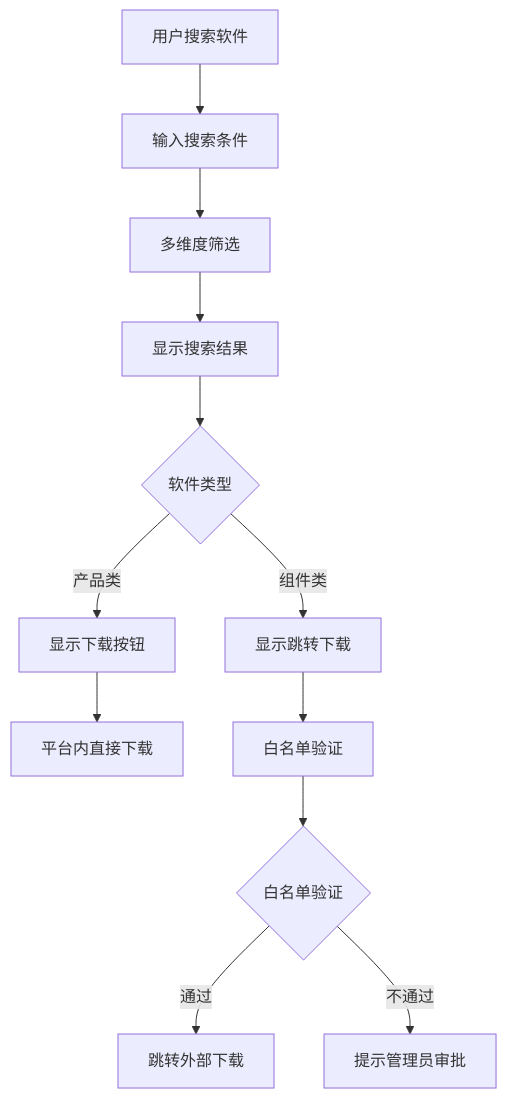
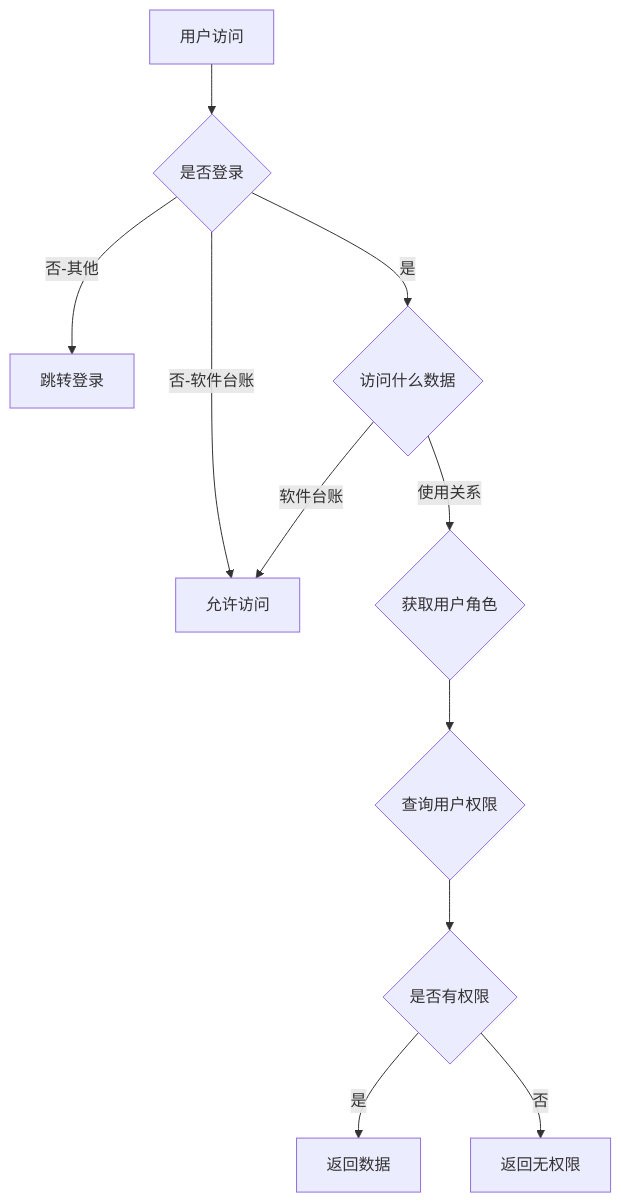
The second of 3 diagrams in output/doc/technical-design.md (BeWaterMyFriend7/SKILL-PROJECT), drawn with Mermaid before and after one commit. The commit also changed other lines of this file and 54 other files, not shown here.

````diff
--- a/output/doc/technical-design.md
+++ b/output/doc/technical-design.md
@@ -39,14 +69,15 @@
 ```mermaid
 graph TD
-    A[用户搜索软件] --> B[输入搜索条件]
-    B --> C[多维度筛选]
-    C --> D[显示搜索结果]
-    D --> E{软件类型}
-    E -->|产品类| F[显示下载按钮]
-    E -->|组件类| G[显示跳转下载]
-    F --> H[平台内直接下载]
-    G --> I[白名单验证]
-    I --> J{白名单验证}
-    J -->|通过| K[跳转外部下载]
-    J -->|不通过| L[提示管理员审批]
+    A[用户访问] --> B{是否登录}
+    B -->|否-软件台账| C[允许访问]
+    B -->|否-其他| D[跳转登录]
+    
+    B -->|是| E{访问什么数据}
+    E -->|软件台账| C
+    E -->|使用关系| F{获取用户角色}
+    
+    F --> G{查询用户权限}
+    G --> H{是否有权限}
+    H -->|是| I[返回数据]
+    H -->|否| J[返回无权限]
 ```
````
